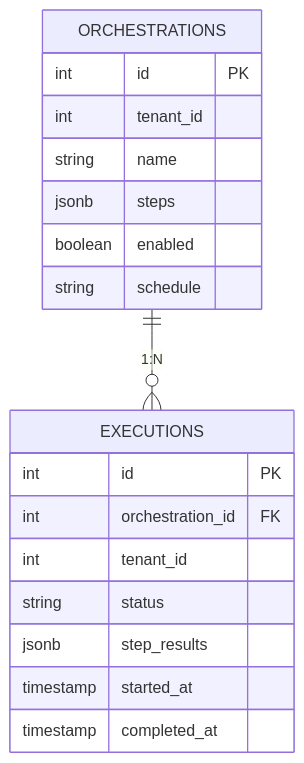
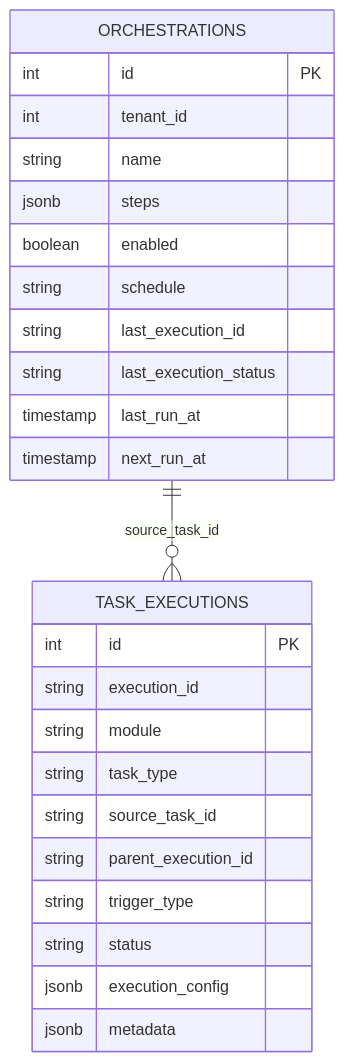
One commit to pampa0629/addp changed the diagram in orchestrator/docs/数据库架构.md. Above: the diagram before and after it, drawn with Mermaid. The commit also changed other lines of this file and 282 other files, not shown here.

````diff
--- a/orchestrator/docs/数据库架构.md
+++ b/orchestrator/docs/数据库架构.md
@@ -34,21 +20,28 @@
 ```mermaid
 erDiagram
-    ORCHESTRATIONS ||--o{ EXECUTIONS : "1:N"
+    ORCHESTRATIONS ||--o{ TASK_EXECUTIONS : "source_task_id"
     ORCHESTRATIONS {
         int id PK
         int tenant_id
         string name
         jsonb steps
         boolean enabled
         string schedule
+        string last_execution_id
+        string last_execution_status
+        timestamp last_run_at
+        timestamp next_run_at
     }
-    EXECUTIONS {
+    TASK_EXECUTIONS {
         int id PK
-        int orchestration_id FK
-        int tenant_id
+        string execution_id
+        string module
+        string task_type
+        string source_task_id
+        string parent_execution_id
+        string trigger_type
         string status
-        jsonb step_results
-        timestamp started_at
-        timestamp completed_at
+        jsonb execution_config
+        jsonb metadata
     }
 ```
````
